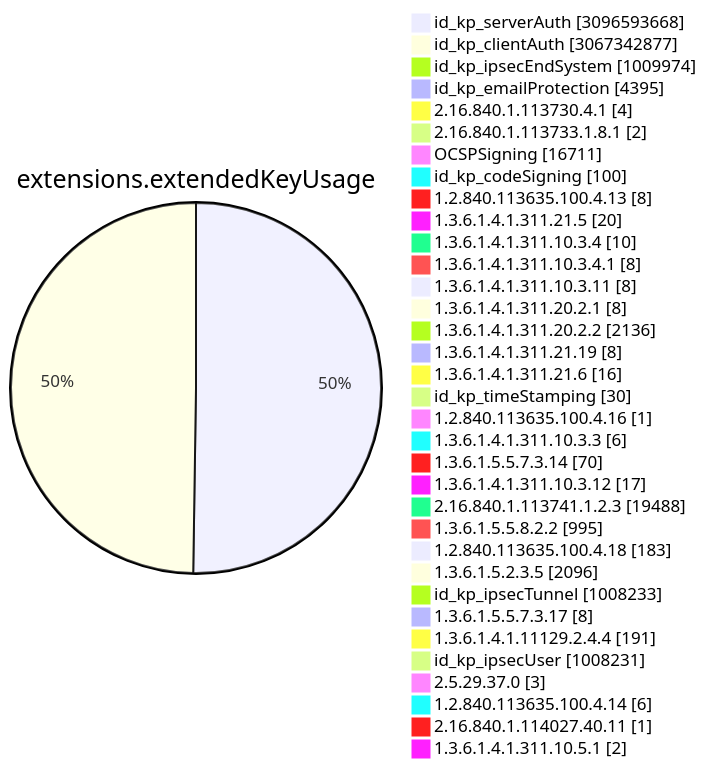
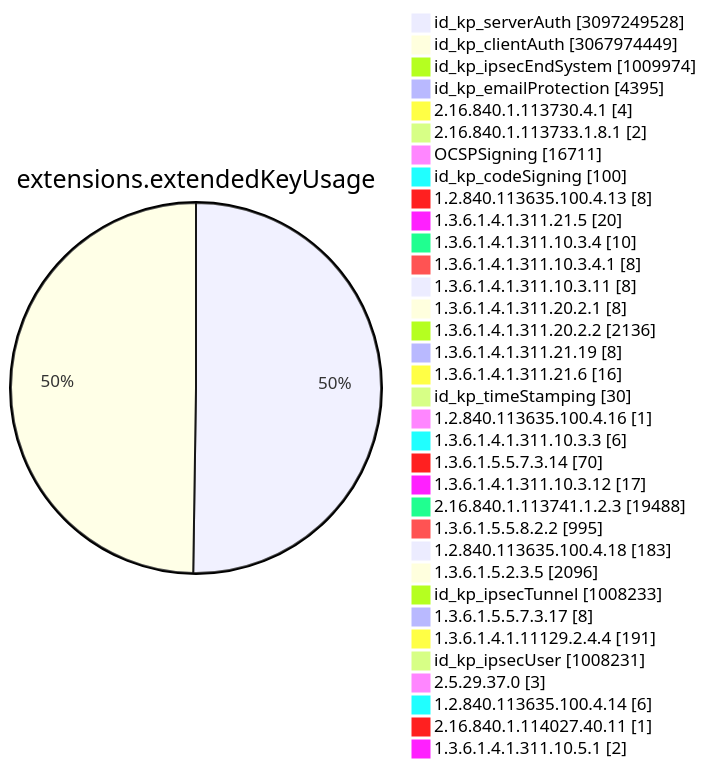
One commit to christiankrug/ctmonitor_visualization changed diagram 11 of 15 in TOTAL/README.md. Above: the diagram before and after it, drawn with Mermaid. The commit also changed other lines of this file, not shown here.

````diff
--- a/TOTAL/README.md
+++ b/TOTAL/README.md
@@ -4119,38 +4119,38 @@
 ```mermaid
 pie showData
 title extensions.extendedKeyUsage
-"id_kp_serverAuth" :3096593668
-"id_kp_clientAuth" :3067342877
+"id_kp_serverAuth" :3097249528
+"id_kp_clientAuth" :3067974449
 "id_kp_ipsecEndSystem" :1009974
 "id_kp_emailProtection" :4395
 "2.16.840.1.113730.4.1" :4
 "2.16.840.1.113733.1.8.1" :2
 "OCSPSigning" :16711
 "id_kp_codeSigning" :100
 "1.2.840.113635.100.4.13" :8
 "1.3.6.1.4.1.311.21.5" :20
 "1.3.6.1.4.1.311.10.3.4" :10
 "1.3.6.1.4.1.311.10.3.4.1" :8
 "1.3.6.1.4.1.311.10.3.11" :8
 "1.3.6.1.4.1.311.20.2.1" :8
 "1.3.6.1.4.1.311.20.2.2" :2136
 "1.3.6.1.4.1.311.21.19" :8
 "1.3.6.1.4.1.311.21.6" :16
 "id_kp_timeStamping" :30
 "1.2.840.113635.100.4.16" :1
 "1.3.6.1.4.1.311.10.3.3" :6
 "1.3.6.1.5.5.7.3.14" :70
 "1.3.6.1.4.1.311.10.3.12" :17
 "2.16.840.1.113741.1.2.3" :19488
 "1.3.6.1.5.5.8.2.2" :995
 "1.2.840.113635.100.4.18" :183
 "1.3.6.1.5.2.3.5" :2096
 "id_kp_ipsecTunnel" :1008233
 "1.3.6.1.5.5.7.3.17" :8
 "1.3.6.1.4.1.11129.2.4.4" :191
 "id_kp_ipsecUser" :1008231
 "2.5.29.37.0" :3
 "1.2.840.113635.100.4.14" :6
 "2.16.840.1.114027.40.11" :1
 "1.3.6.1.4.1.311.10.5.1" :2
 ```
````
